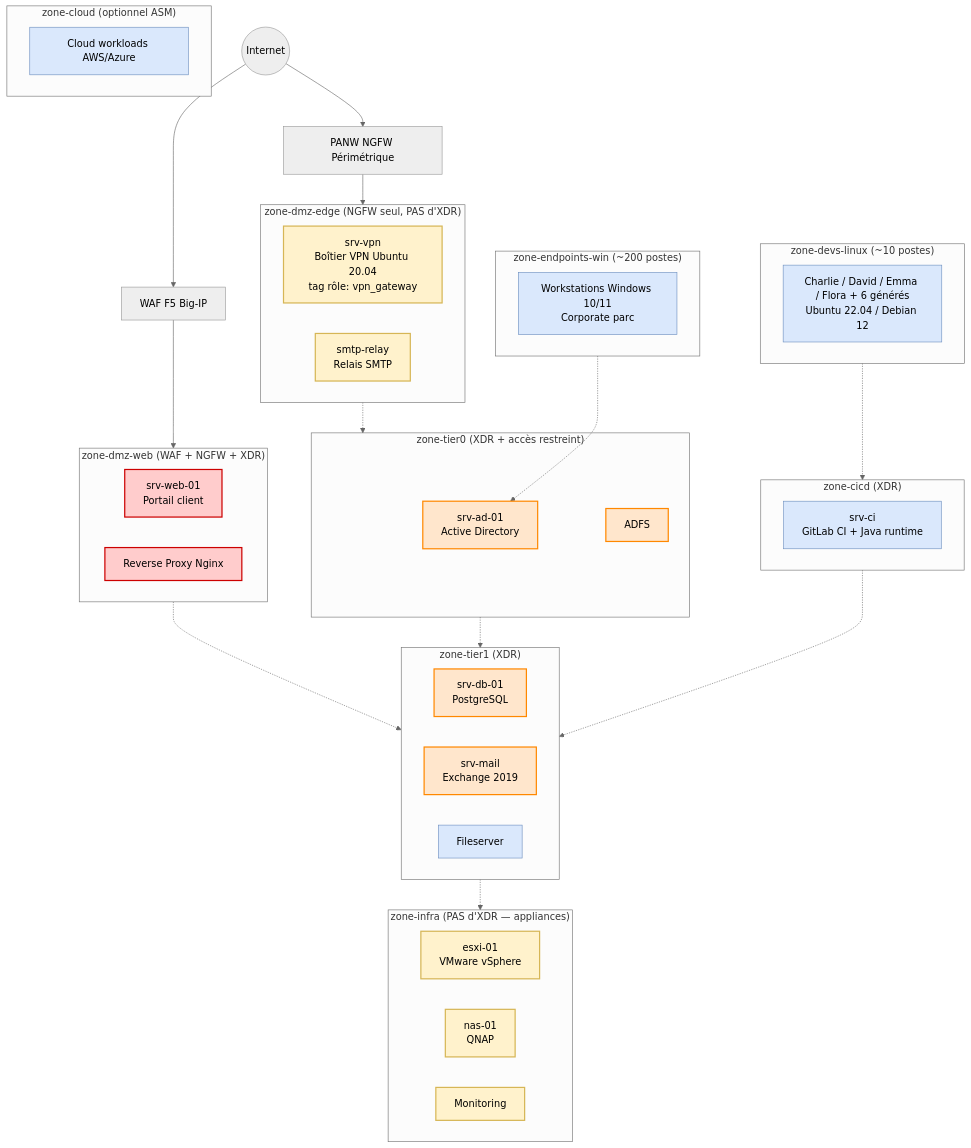
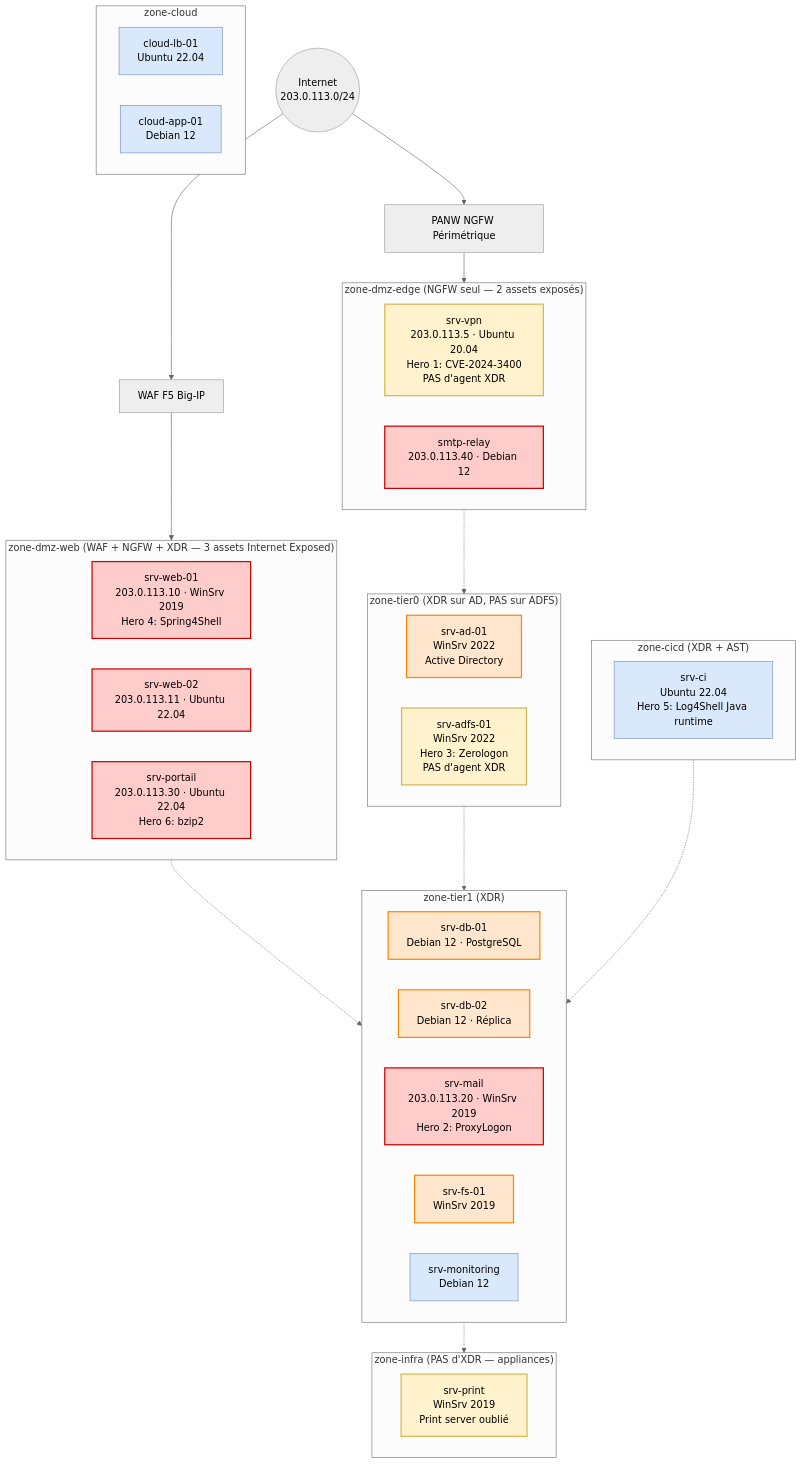
The diagram in infra/business-corp-infra.mermaid.md (JCourtemanche/demo-exposure), drawn with Mermaid (neutral theme) before and after one commit. The commit also changed other lines of this file and 16 other files, not shown here.

````diff
--- a/infra/business-corp-infra.mermaid.md
+++ b/infra/business-corp-infra.mermaid.md
@@ -7,69 +7,61 @@
 ```mermaid
 flowchart TB
-    Internet((Internet)) --> WAF[WAF F5 Big-IP]
+    Internet((Internet<br/>203.0.113.0/24)) --> WAF[WAF F5 Big-IP]
     Internet --> NGFW[PANW NGFW Périmétrique]
 
-    subgraph DMZ_WEB["zone-dmz-web (WAF + NGFW + XDR)"]
-        Web1[srv-web-01<br/>Portail client]
-        RevProxy[Reverse Proxy Nginx]
+    subgraph DMZ_WEB["zone-dmz-web (WAF + NGFW + XDR — 3 assets Internet Exposed)"]
+        Web1[srv-web-01<br/>203.0.113.10 · WinSrv 2019<br/>Hero 4: Spring4Shell]
+        Web2[srv-web-02<br/>203.0.113.11 · Ubuntu 22.04]
+        Portail[srv-portail<br/>203.0.113.30 · Ubuntu 22.04<br/>Hero 6: bzip2]
     end
 
-    subgraph DMZ_EDGE["zone-dmz-edge (NGFW seul, PAS d'XDR)"]
-        VPN[srv-vpn<br/>Boîtier VPN Ubuntu 20.04<br/>tag rôle: vpn_gateway]
-        SMTP[smtp-relay<br/>Relais SMTP]
+    subgraph DMZ_EDGE["zone-dmz-edge (NGFW seul — 2 assets exposés)"]
+        VPN[srv-vpn<br/>203.0.113.5 · Ubuntu 20.04<br/>Hero 1: CVE-2024-3400<br/>PAS d'agent XDR]
+        SMTP[smtp-relay<br/>203.0.113.40 · Debian 12]
     end
 
     WAF --> DMZ_WEB
     NGFW --> DMZ_EDGE
 
-    subgraph TIER0["zone-tier0 (XDR + accès restreint)"]
-        AD[srv-ad-01<br/>Active Directory]
-        ADFS[ADFS]
+    subgraph TIER0["zone-tier0 (XDR sur AD, PAS sur ADFS)"]
+        AD[srv-ad-01<br/>WinSrv 2022<br/>Active Directory]
+        ADFS[srv-adfs-01<br/>WinSrv 2022<br/>Hero 3: Zerologon<br/>PAS d'agent XDR]
     end
 
     subgraph TIER1["zone-tier1 (XDR)"]
-        DB[srv-db-01<br/>PostgreSQL]
-        Mail[srv-mail<br/>Exchange 2019]
-        FS[Fileserver]
+        DB1[srv-db-01<br/>Debian 12 · PostgreSQL]
+        DB2[srv-db-02<br/>Debian 12 · Réplica]
+        Mail[srv-mail<br/>203.0.113.20 · WinSrv 2019<br/>Hero 2: ProxyLogon]
+        FS[srv-fs-01<br/>WinSrv 2019]
+        Mon[srv-monitoring<br/>Debian 12]
     end
 
     subgraph INFRA["zone-infra (PAS d'XDR — appliances)"]
-        ESXi[esxi-01<br/>VMware vSphere]
-        NAS[nas-01<br/>QNAP]
-        Mon[Monitoring]
+        Print[srv-print<br/>WinSrv 2019<br/>Print server oublié]
     end
 
-    subgraph CICD["zone-cicd (XDR)"]
-        CI[srv-ci<br/>GitLab CI + Java runtime]
+    subgraph CICD["zone-cicd (XDR + AST)"]
+        CI[srv-ci<br/>Ubuntu 22.04<br/>Hero 5: Log4Shell Java runtime]
     end
 
-    subgraph DEVS["zone-devs-linux (~10 postes)"]
-        DevLnx[Charlie / David / Emma / Flora + 6 générés<br/>Ubuntu 22.04 / Debian 12]
-    end
-
-    subgraph EPWIN["zone-endpoints-win (~200 postes)"]
-        EpWin[Workstations Windows 10/11<br/>Corporate parc]
-    end
-
-    subgraph CLOUD["zone-cloud (optionnel ASM)"]
-        CloudSrv[Cloud workloads AWS/Azure]
+    subgraph CLOUD["zone-cloud"]
+        CloudLB[cloud-lb-01<br/>Ubuntu 22.04]
+        CloudApp[cloud-app-01<br/>Debian 12]
     end
 
     DMZ_WEB -.-> TIER1
     DMZ_EDGE -.-> TIER0
     TIER0 -.-> TIER1
     TIER1 -.-> INFRA
     CICD -.-> TIER1
-    DEVS -.-> CICD
-    EPWIN -.-> AD
 
     classDef exposed fill:#ffcccc,stroke:#cc0000,stroke-width:2px
     classDef critical fill:#ffe6cc,stroke:#ff8800,stroke-width:2px
     classDef nocontrol fill:#fff2cc,stroke:#d6b656,stroke-width:2px
     classDef normal fill:#dae8fc,stroke:#6c8ebf,stroke-width:1px
 
-    class Web1,RevProxy,VPN,SMTP exposed
-    class AD,ADFS,DB,Mail critical
-    class ESXi,NAS,Mon,VPN,SMTP nocontrol
-    class DevLnx,EpWin,CI,Cloud,FS,CloudSrv normal
+    class Web1,Web2,Portail,VPN,SMTP,Mail exposed
+    class AD,ADFS,DB1,DB2,FS critical
+    class Print,VPN,ADFS nocontrol
+    class CI,Mon,CloudLB,CloudApp normal
 ```
````
